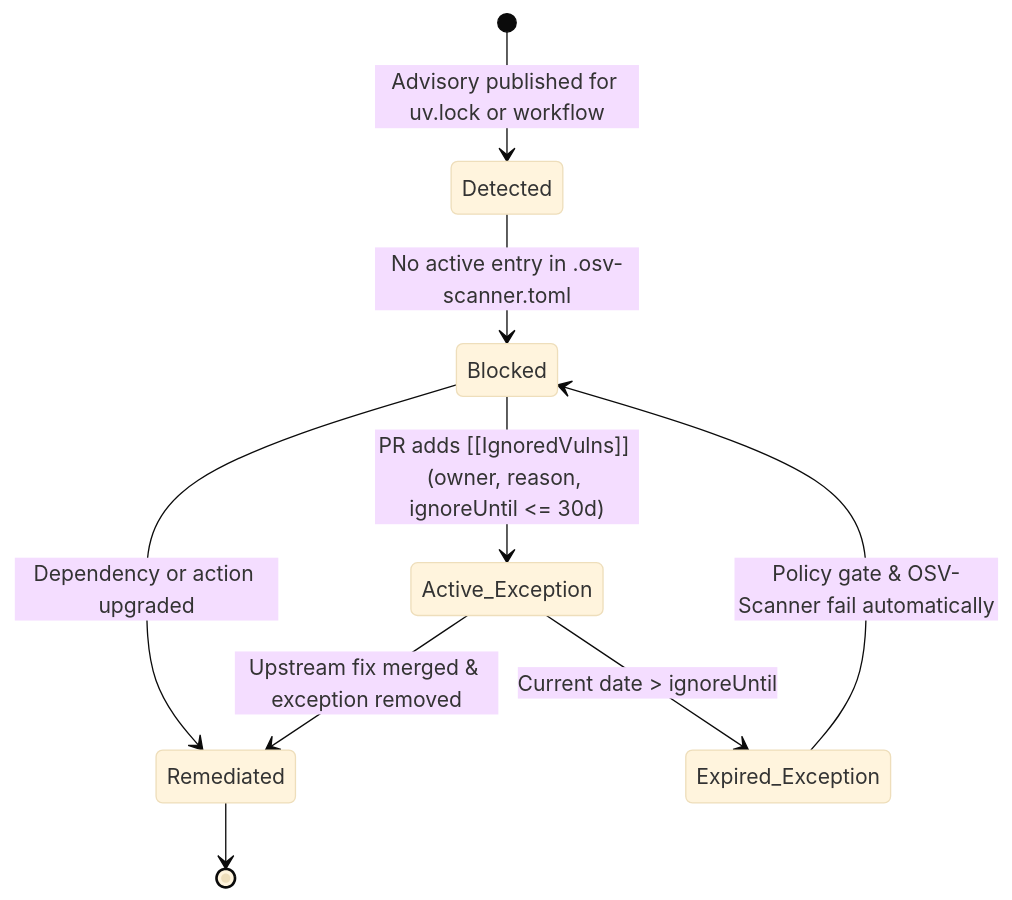
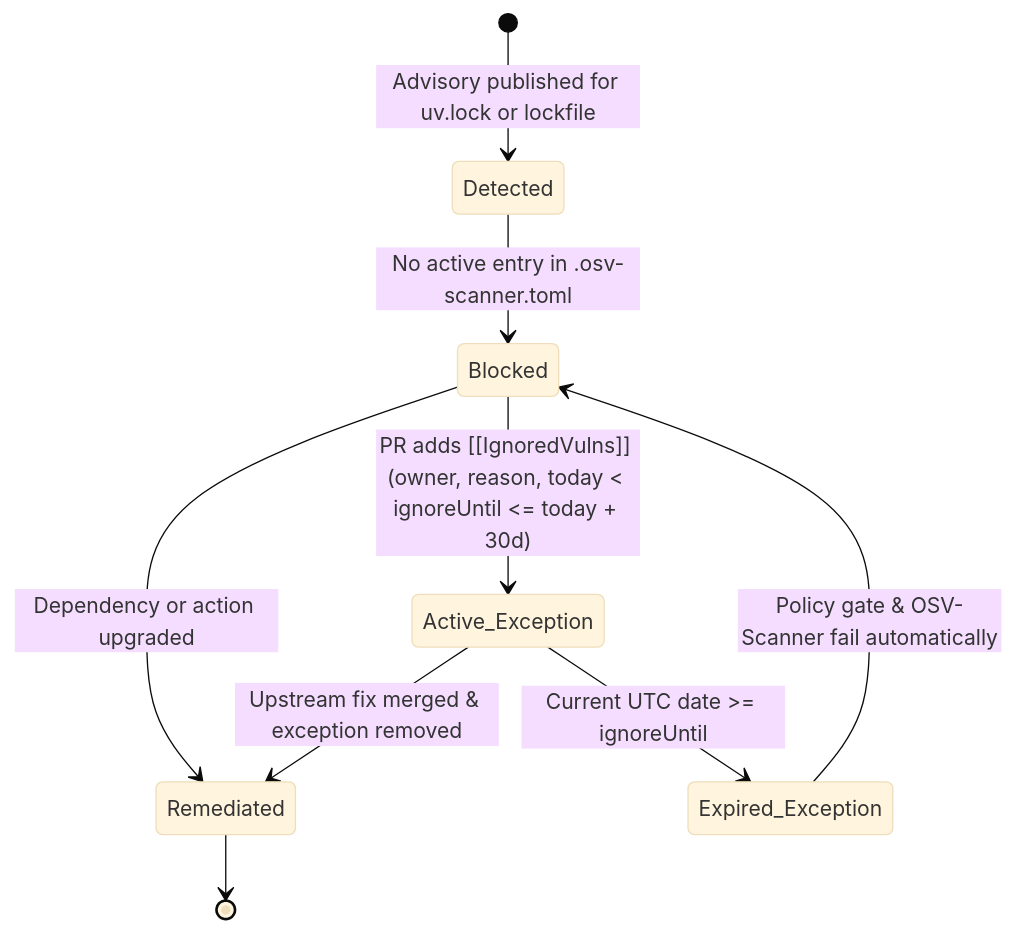
The second of 2 diagrams in docs/VULNERABILITY_MANAGEMENT_POLICY.md (etalab-ia/document-ia-infra), drawn with Mermaid (base theme) before and after one commit. The commit also changed other lines of this file and 13 other files, not shown here.

````diff
--- a/docs/VULNERABILITY_MANAGEMENT_POLICY.md
+++ b/docs/VULNERABILITY_MANAGEMENT_POLICY.md
@@ -90,11 +93,11 @@
 ```mermaid
 stateDiagram-v2
-    [*] --> Detected : Advisory published for uv.lock or workflow
+    [*] --> Detected : Advisory published for uv.lock or lockfile
     Detected --> Blocked : No active entry in .osv-scanner.toml
     Blocked --> Remediated : Dependency or action upgraded
-    Blocked --> Active_Exception : PR adds [[IgnoredVulns]] (owner, reason, ignoreUntil <= 30d)
+    Blocked --> Active_Exception : PR adds [[IgnoredVulns]] (owner, reason, today < ignoreUntil <= today + 30d)
     Active_Exception --> Remediated : Upstream fix merged & exception removed
-    Active_Exception --> Expired_Exception : Current date > ignoreUntil
+    Active_Exception --> Expired_Exception : Current UTC date >= ignoreUntil
     Expired_Exception --> Blocked : Policy gate & OSV-Scanner fail automatically
     Remediated --> [*]
 ```
````
